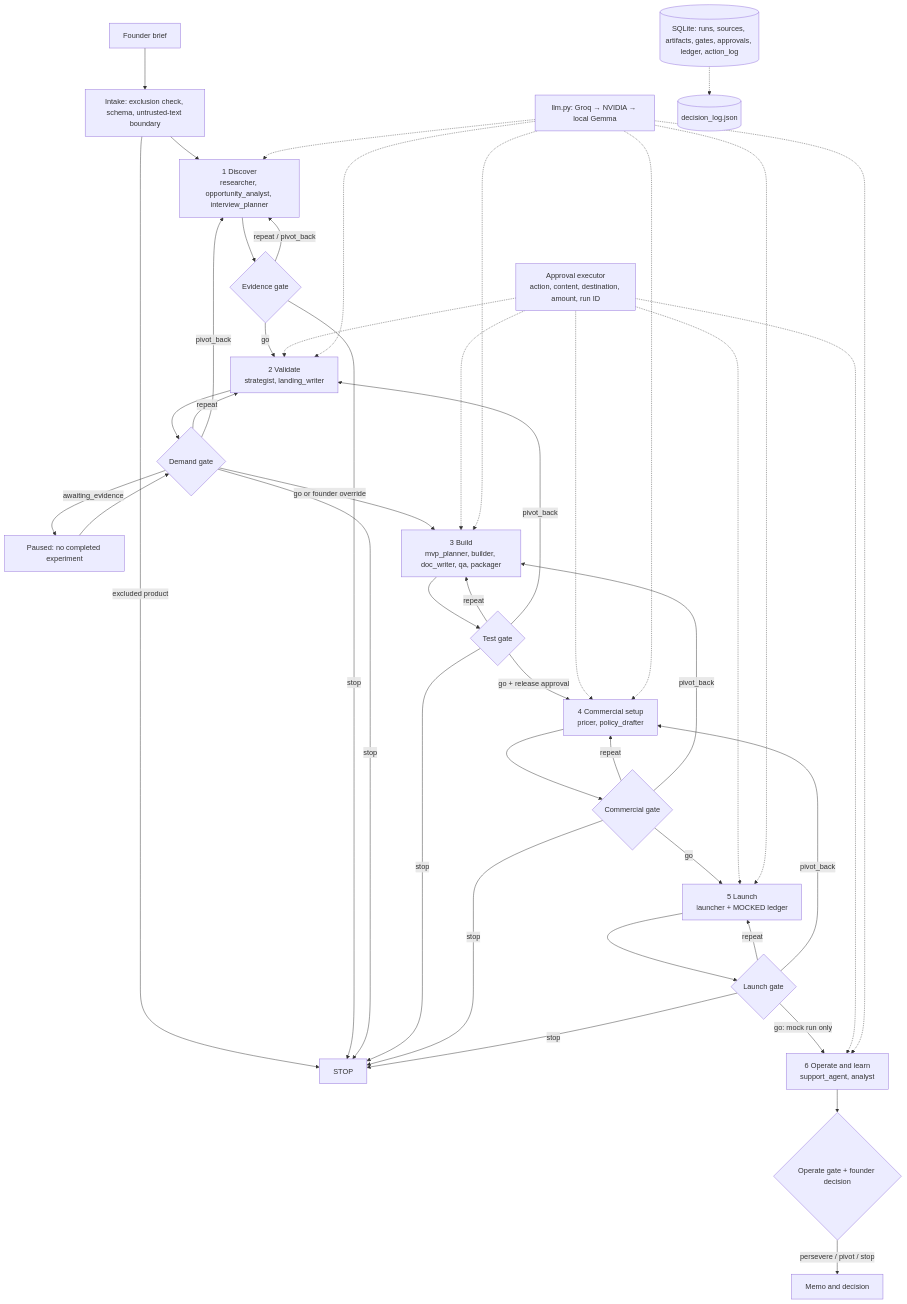
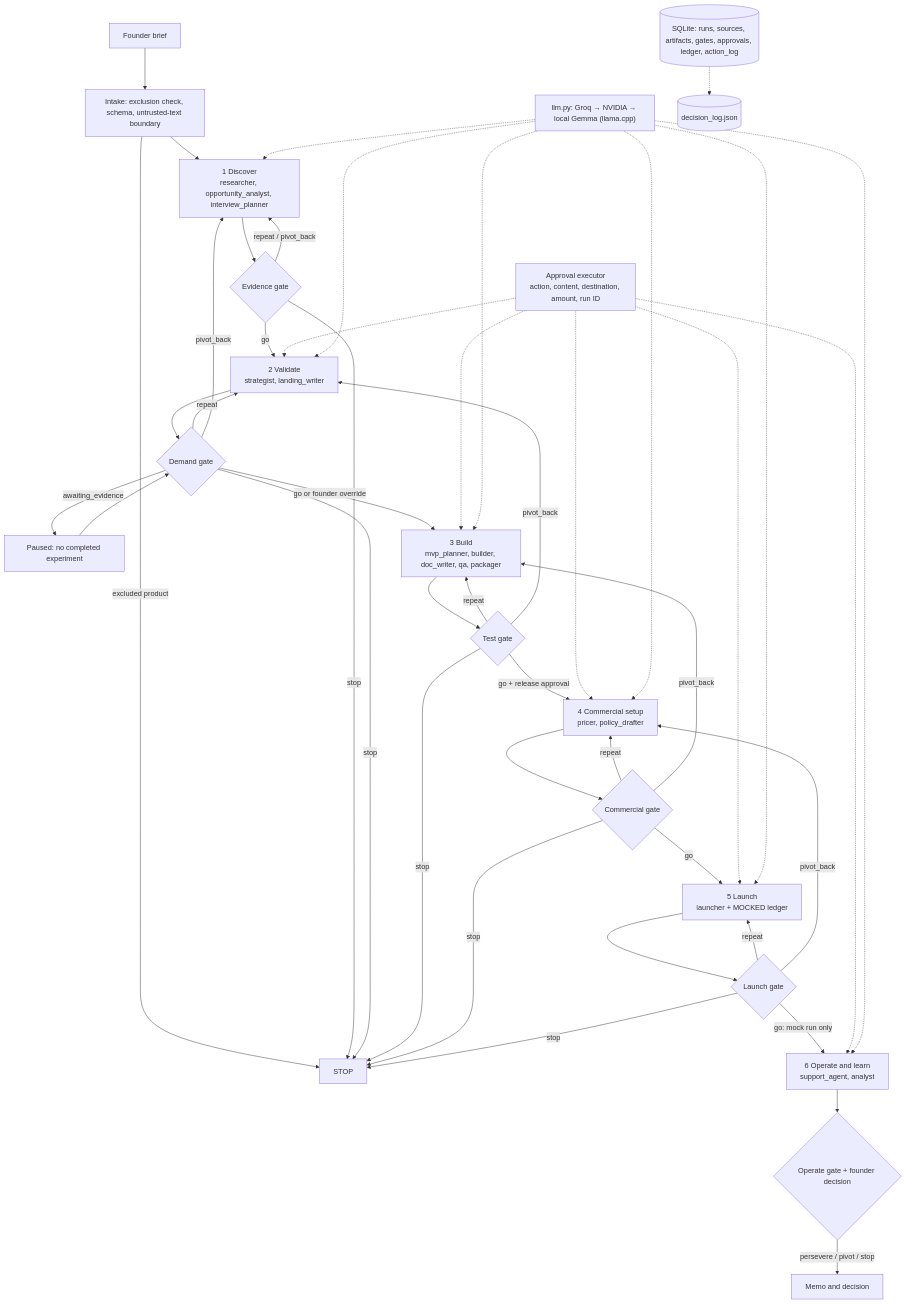
One commit to kareemelramly/MADS-CSEA-AI-Hackathon changed the first of 4 diagrams in ARCHITECTURE.md. Above: the diagram before and after it, drawn with Mermaid. The commit also changed other lines of this file and 162 other files, not shown here.

````diff
--- a/ARCHITECTURE.md
+++ b/ARCHITECTURE.md
@@ -9,37 +9,37 @@
 ```mermaid
 flowchart TD
     F["Founder brief"] --> I["Intake: exclusion check, schema, untrusted-text boundary"]
     I -->|excluded product| S["STOP"]
     I --> P1["1 Discover<br/>researcher, opportunity_analyst, interview_planner"]
     P1 --> G1{"Evidence gate"}
     G1 -->|go| P2["2 Validate<br/>strategist, landing_writer"]
     G1 -->|repeat / pivot_back| P1
     G1 -->|stop| S
     P2 --> G2{"Demand gate"}
     G2 -->|awaiting_evidence| W["Paused: no completed experiment"]
     W --> G2
     G2 -->|go or founder override| P3["3 Build<br/>mvp_planner, builder, doc_writer, qa, packager"]
     G2 -->|repeat| P2
     G2 -->|pivot_back| P1
     G2 -->|stop| S
     P3 --> G3{"Test gate"}
     G3 -->|go + release approval| P4["4 Commercial setup<br/>pricer, policy_drafter"]
     G3 -->|repeat| P3
     G3 -->|pivot_back| P2
     G3 -->|stop| S
     P4 --> G4{"Commercial gate"}
     G4 -->|go| P5["5 Launch<br/>launcher + MOCKED ledger"]
     G4 -->|repeat| P4
     G4 -->|pivot_back| P3
     G4 -->|stop| S
     P5 --> G5{"Launch gate"}
     G5 -->|go: mock run only| P6["6 Operate and learn<br/>support_agent, analyst"]
     G5 -->|repeat| P5
     G5 -->|pivot_back| P4
     G5 -->|stop| S
     P6 --> G6{"Operate gate + founder decision"}
     G6 -->|persevere / pivot / stop| E["Memo and decision"]
     X["Approval executor<br/>action, content, destination, amount, run ID"] -.-> P2 & P3 & P4 & P5 & P6
-    L["llm.py: Groq → NVIDIA → local Gemma"] -.-> P1 & P2 & P3 & P4 & P5 & P6
+    L["llm.py: Groq → NVIDIA → local Gemma (llama.cpp)"] -.-> P1 & P2 & P3 & P4 & P5 & P6
     D[("SQLite: runs, sources, artifacts, gates, approvals, ledger, action_log")] -.-> J[("decision_log.json")]
 ```
````
